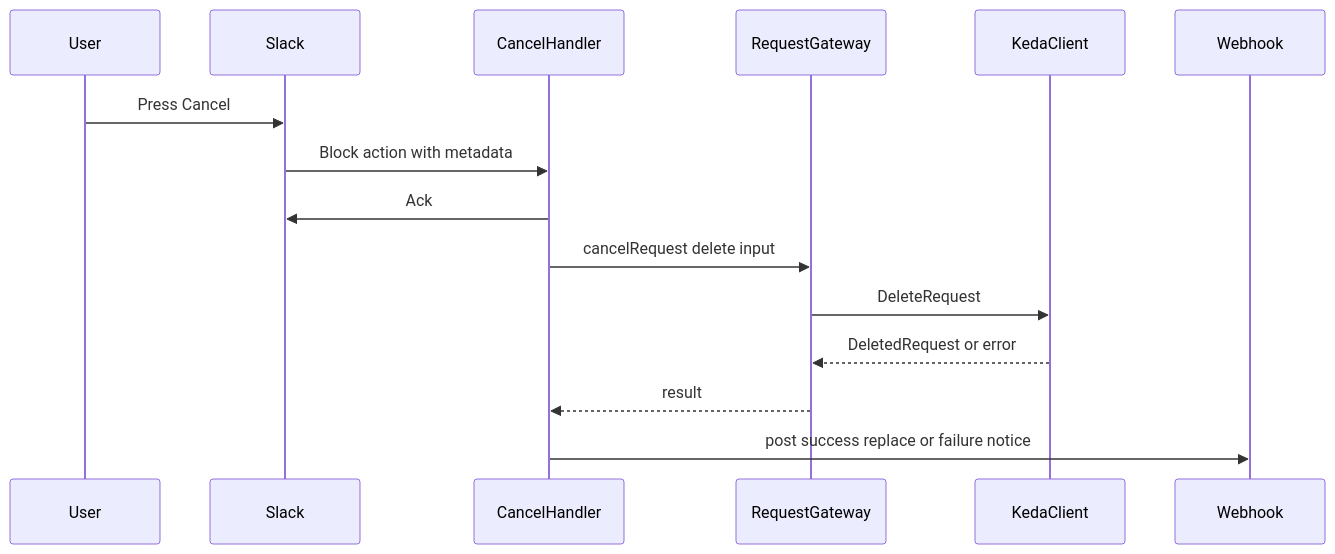
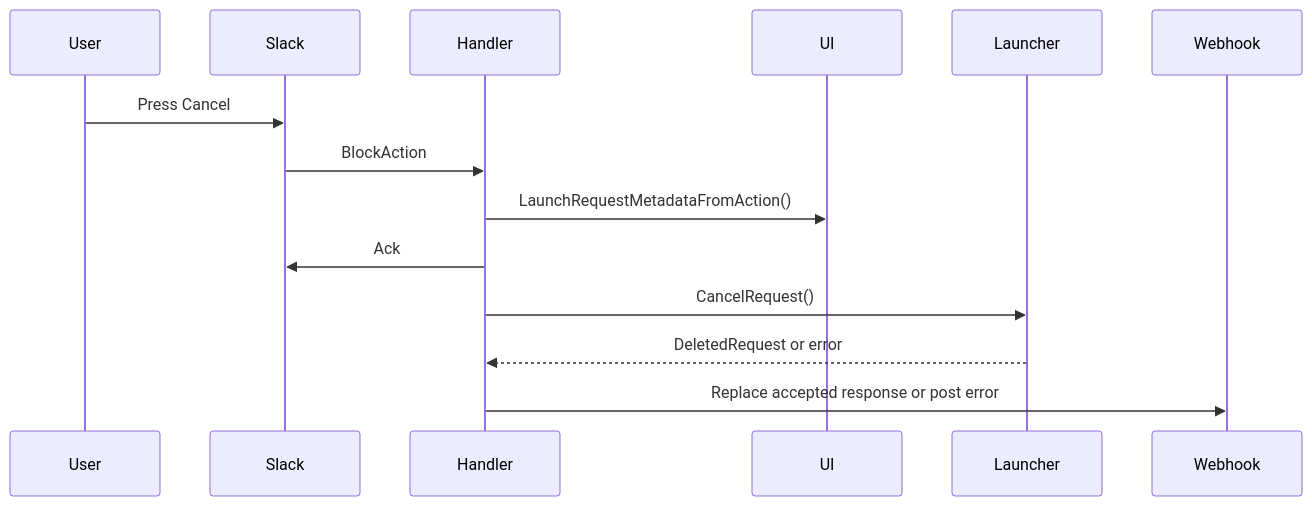
Before and after one commit to Kotaro7750/Lab-slackapp: the fourth of 4 diagrams in .kiro/specs/kedalaunch-cancel-request/design.md, drawn with Mermaid. The commit also changed other lines of this file and 39 other files, not shown here.

````diff
--- a/.kiro/specs/kedalaunch-cancel-request/design.md
+++ b/.kiro/specs/kedalaunch-cancel-request/design.md
@@ -135,18 +193,17 @@
 ```mermaid
 sequenceDiagram
     participant User
     participant Slack
-    participant CancelHandler
-    participant RequestGateway
-    participant KedaClient
+    participant Handler
+    participant UI
+    participant Launcher
     participant Webhook
 
     User->>Slack: Press Cancel
-    Slack->>CancelHandler: Block action with metadata
-    CancelHandler->>Slack: Ack
-    CancelHandler->>RequestGateway: cancelRequest delete input
-    RequestGateway->>KedaClient: DeleteRequest
-    KedaClient-->>RequestGateway: DeletedRequest or error
-    RequestGateway-->>CancelHandler: result
-    CancelHandler->>Webhook: post success replace or failure notice
+    Slack->>Handler: BlockAction
+    Handler->>UI: LaunchRequestMetadataFromAction()
+    Handler->>Slack: Ack
+    Handler->>Launcher: CancelRequest()
+    Launcher-->>Handler: DeletedRequest or error
+    Handler->>Webhook: Replace accepted response or post error
 ```
````
